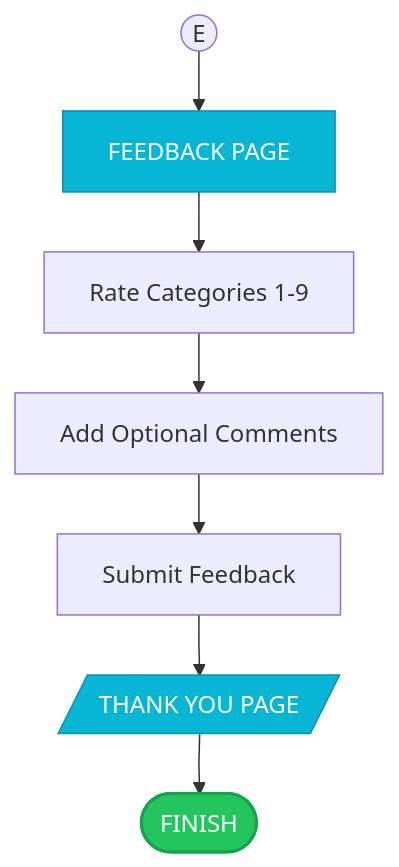
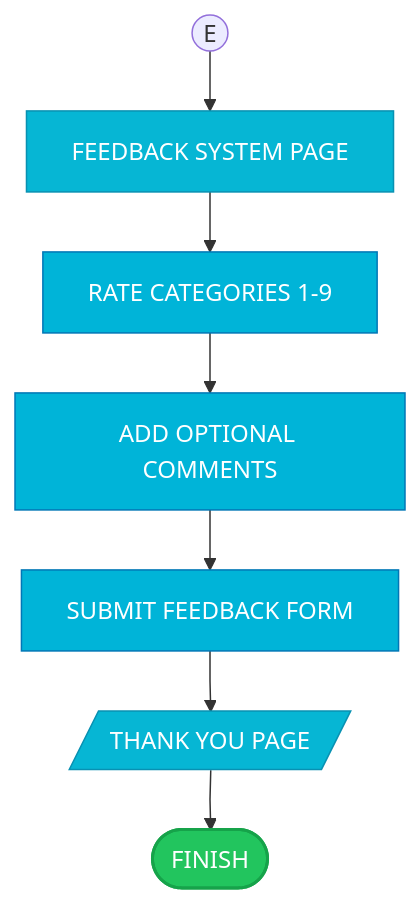
The fifth of 6 diagrams in iCCAT-Academic-Flowcharts-Printable.md (Yui1003/iCCAT), drawn with Mermaid before and after one commit. The commit also changed other lines of this file and 1 other file, not shown here.

First line of the commit message:
Update flowcharts to use binary decisions and academic formatting

````diff
--- a/iCCAT-Academic-Flowcharts-Printable.md
+++ b/iCCAT-Academic-Flowcharts-Printable.md
@@ -149,16 +172,18 @@
 ```mermaid
 %%{init: {'flowchart': {'curve': 'linear', 'nodeSpacing': 40, 'rankSpacing': 40}}}%%
 flowchart TB
-    classDef startEnd fill:#22c55e,stroke:#16a34a,color:#fff,stroke-width:2px
+    classDef startEnd fill:#22c55e,stroke:#16a34a,color:#fff,stroke-width:2px,rx:20,ry:20
     classDef display fill:#06b6d4,stroke:#0891b2,color:#fff
+    classDef action fill:#00b4d8,stroke:#0077b6,color:#fff
     
-    E((E)) --> FEEDBACK[FEEDBACK PAGE]
-    FEEDBACK --> RATE[Rate Categories 1-9]
-    RATE --> COMM[Add Optional Comments]
-    COMM --> SUBMIT[Submit Feedback]
-    SUBMIT --> CONFIRM[/THANK YOU PAGE/]
-    CONFIRM --> FINISH([FINISH])
+    E((E)) --> FEEDBACK[FEEDBACK SYSTEM PAGE]
+    FEEDBACK --> RATE[RATE CATEGORIES 1-9]
+    RATE --> COMM[ADD OPTIONAL COMMENTS]
+    COMM --> SUBMIT[SUBMIT FEEDBACK FORM]
+    SUBMIT --> THANK[/THANK YOU PAGE/]
+    THANK --> FINISH([FINISH])
 
     class FINISH startEnd
-    class FEEDBACK,CONFIRM display
+    class FEEDBACK,THANK display
+    class RATE,COMM,SUBMIT action
 ```
````
